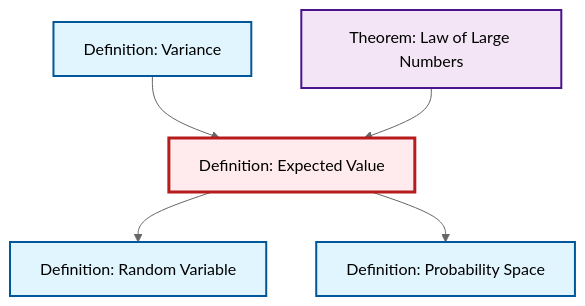
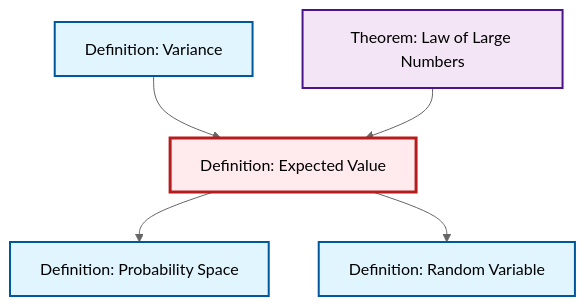
The second of 2 diagrams in content/en/probability-statistics/def-expectation.qmd (RK0429/ModernMath), drawn with Mermaid (neutral theme) before and after one commit. The commit also changed other lines of this file and 615 other files, not shown here.

````diff
--- a/content/en/probability-statistics/def-expectation.qmd
+++ b/content/en/probability-statistics/def-expectation.qmd
@@ -80,23 +80,23 @@
 ```{mermaid}
 %%| fig-cap: "Local dependency graph"
 graph TD
     classDef definition fill:#e1f5fe,stroke:#01579b,stroke-width:2px
     classDef theorem fill:#f3e5f5,stroke:#4a148c,stroke-width:2px
     classDef axiom fill:#fff3e0,stroke:#e65100,stroke-width:2px
     classDef example fill:#e8f5e9,stroke:#1b5e20,stroke-width:2px
     classDef current fill:#ffebee,stroke:#b71c1c,stroke-width:3px
+    def-probability-space["Definition: Probability Space"]:::definition
+    def-random-variable["Definition: Random Variable"]:::definition
+    def-expectation["Definition: Expected Value"]:::definition
+    def-variance["Definition: Variance"]:::definition
     thm-law-of-large-numbers["Theorem: Law of Large Numbers"]:::theorem
-    def-expectation["Definition: Expected Value"]:::definition
-    def-random-variable["Definition: Random Variable"]:::definition
-    def-probability-space["Definition: Probability Space"]:::definition
-    def-variance["Definition: Variance"]:::definition
-    def-expectation --> def-random-variable
+    def-expectation --> def-probability-space
     def-variance --> def-expectation
     thm-law-of-large-numbers --> def-expectation
-    def-expectation --> def-probability-space
+    def-expectation --> def-random-variable
     class def-expectation current
+    click def-probability-space "def-probability-space.html" "Go to Probability Space definition"
+    click def-random-variable "def-random-variable.html" "Go to Random Variable definition"
+    click def-variance "def-variance.html" "Go to Variance definition"
     click thm-law-of-large-numbers "thm-law-of-large-numbers.html" "Go to Law of Large Numbers theorem"
-    click def-random-variable "def-random-variable.html" "Go to Random Variable definition"
-    click def-probability-space "def-probability-space.html" "Go to Probability Space definition"
-    click def-variance "def-variance.html" "Go to Variance definition"
 ```
````
